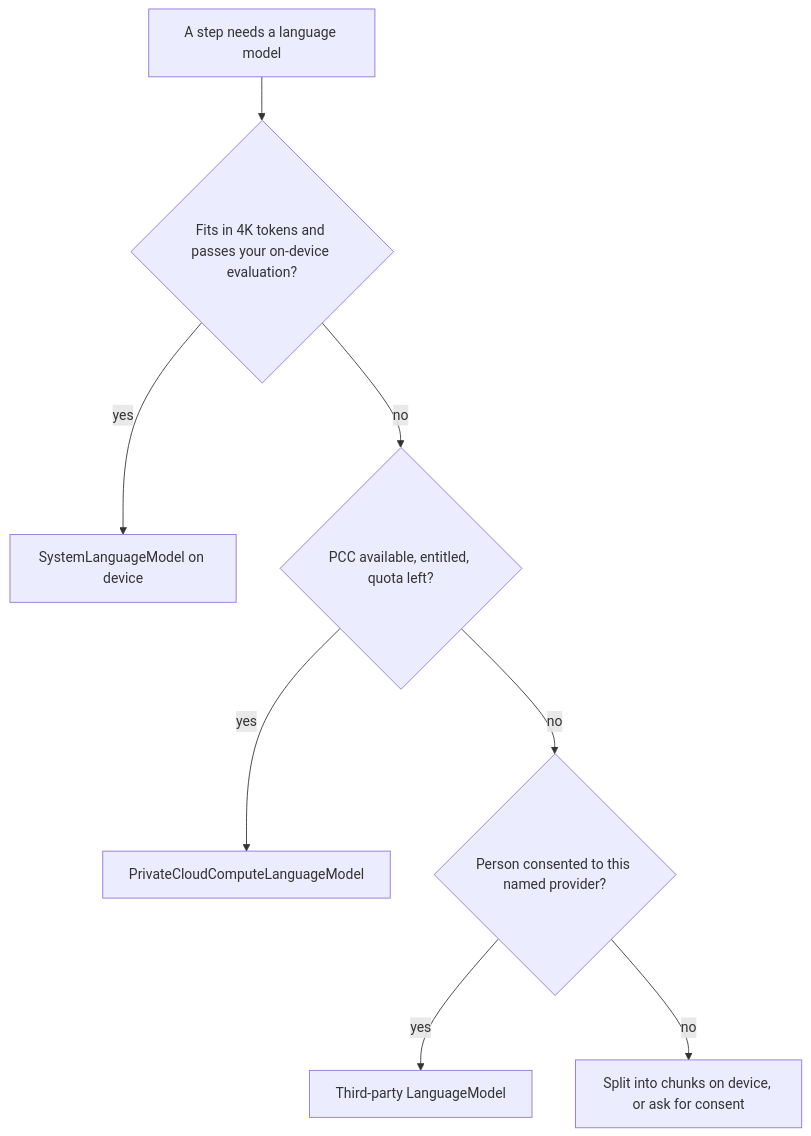
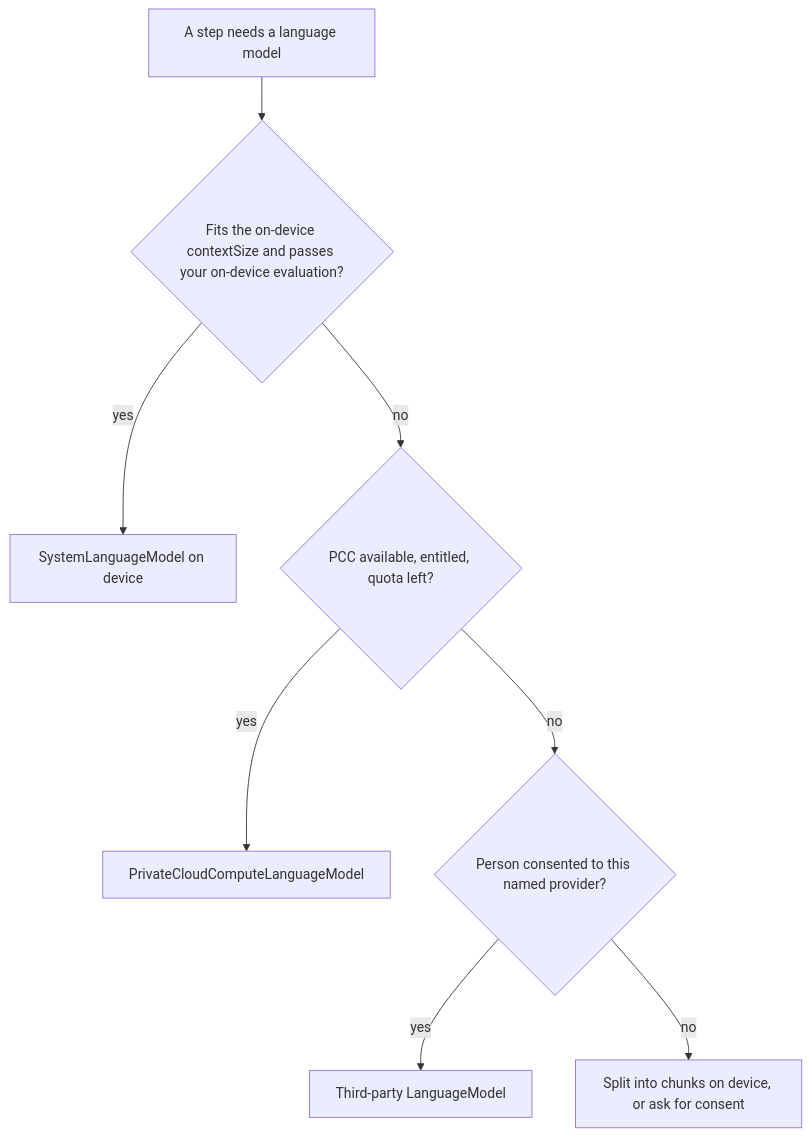
Before and after one commit to ehzawad/ideation-of-ios-app: the third of 3 diagrams in learn/day5-apple-intelligence-and-ml.md, drawn with Mermaid. The commit also changed other lines of this file and 5 other files, not shown here.

````diff
--- a/learn/day5-apple-intelligence-and-ml.md
+++ b/learn/day5-apple-intelligence-and-ml.md
@@ -119,10 +119,10 @@
 ```mermaid
 flowchart TD
-    A["A step needs a language model"] --> B{"Fits in 4K tokens and passes your on-device evaluation?"}
+    A["A step needs a language model"] --> B{"Fits the on-device contextSize and passes your on-device evaluation?"}
     B -->|"yes"| D["SystemLanguageModel on device"]
     B -->|"no"| C{"PCC available, entitled, quota left?"}
     C -->|"yes"| P["PrivateCloudComputeLanguageModel"]
     C -->|"no"| E{"Person consented to this named provider?"}
     E -->|"yes"| T["Third-party LanguageModel"]
     E -->|"no"| F["Split into chunks on device, or ask for consent"]
 ```
````
